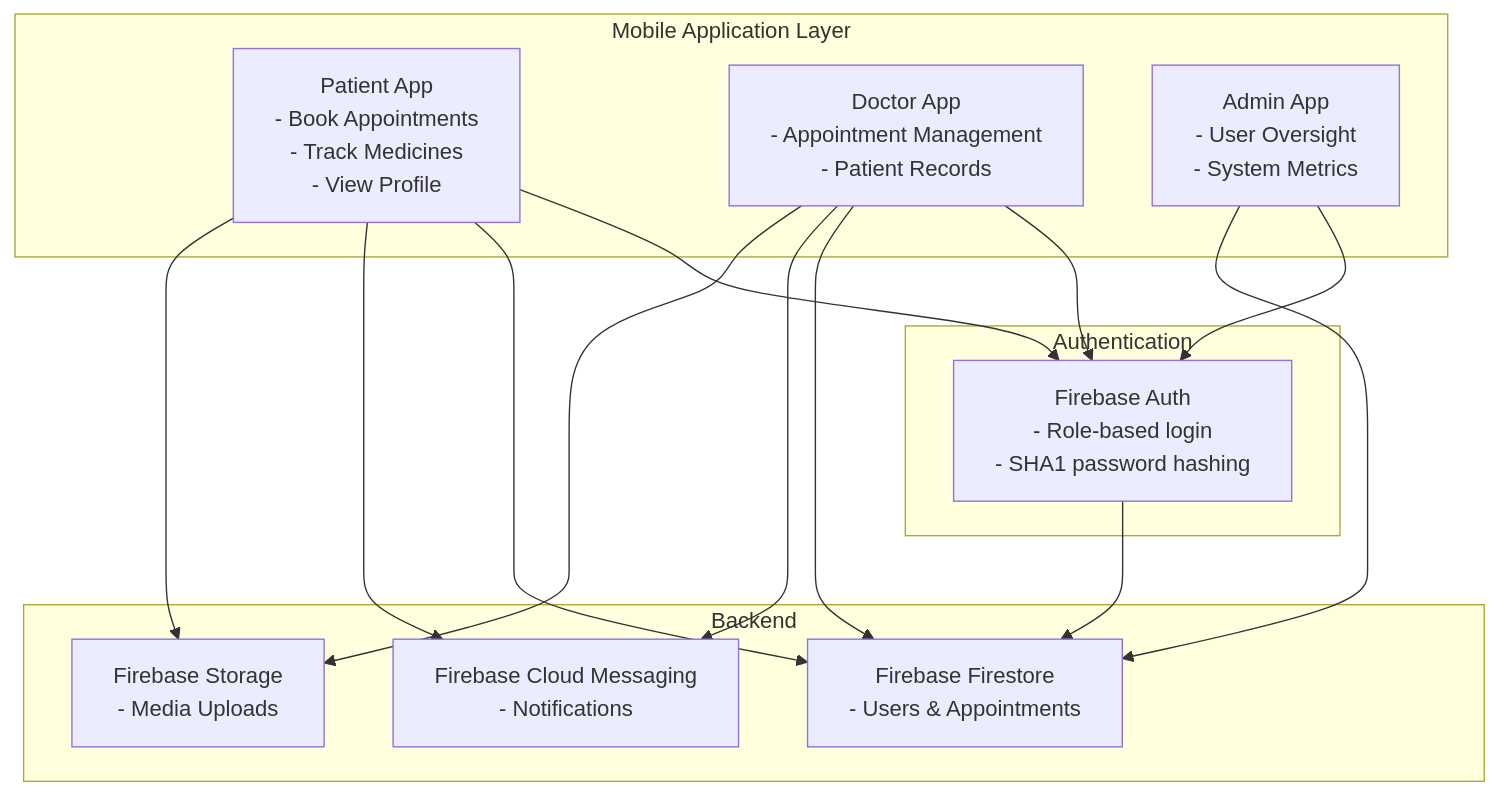
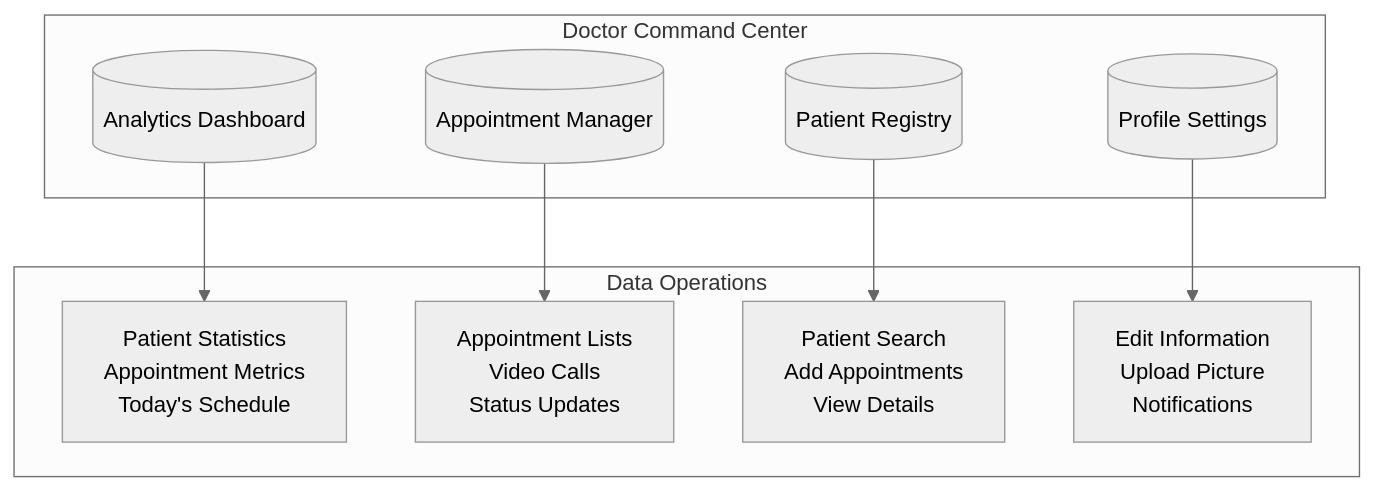
The fourth of 5 diagrams in README.md (HaseebKahn365/mad_hms), drawn with Mermaid before and after one commit. The commit also changed other lines of this file, not shown here.

````diff
--- a/README.md
+++ b/README.md
@@ -34,32 +220,22 @@
 ```mermaid
-graph TD
-    subgraph "Mobile Application Layer"
-        Patient["Patient App<br/>- Book Appointments<br/>- Track Medicines<br/>- View Profile"]
-        Doctor["Doctor App<br/>- Appointment Management<br/>- Patient Records"]
-        Admin["Admin App<br/>- User Oversight<br/>- System Metrics"]
-    end
+%%{init: {'theme': 'neutral', 'themeVariables': { 'primaryColor': '#673AB7', 'secondaryColor': '#512DA8', 'tertiaryColor': '#D1C4E9'}}}%%
+flowchart TD
+  subgraph "Doctor Command Center"
+    DASH[("Analytics Dashboard")]
+    APPT[("Appointment Manager")]
+    PATS[("Patient Registry")]
+    PROF[("Profile Settings")]
+  end
 
-    subgraph "Authentication"
-        Auth["Firebase Auth<br/>- Role-based login<br/>- SHA1 password hashing"]
-    end
+  subgraph "Data Operations"
+    STATS["Patient Statistics<br/>Appointment Metrics<br/>Today's Schedule"]
+    MGMT["Appointment Lists<br/>Video Calls<br/>Status Updates"]
+    SEARCH["Patient Search<br/>Add Appointments<br/>View Details"]
+    CONFIG["Edit Information<br/>Upload Picture<br/>Notifications"]
+  end
 
-    subgraph "Backend"
-        Firestore["Firebase Firestore<br/>- Users & Appointments"]
-        Storage["Firebase Storage<br/>- Media Uploads"]
-        FCM["Firebase Cloud Messaging<br/>- Notifications"]
-    end
-
-    Patient --> Auth --> Firestore
-    Doctor --> Auth
-    Admin --> Auth
-
-    Patient --> Firestore
-    Doctor --> Firestore
-    Admin --> Firestore
-
-    Patient --> FCM
-    Doctor --> FCM
-
-    Patient --> Storage
-    Doctor --> Storage
+  DASH --> STATS
+  APPT --> MGMT
+  PATS --> SEARCH
+  PROF --> CONFIG
 ```
````
